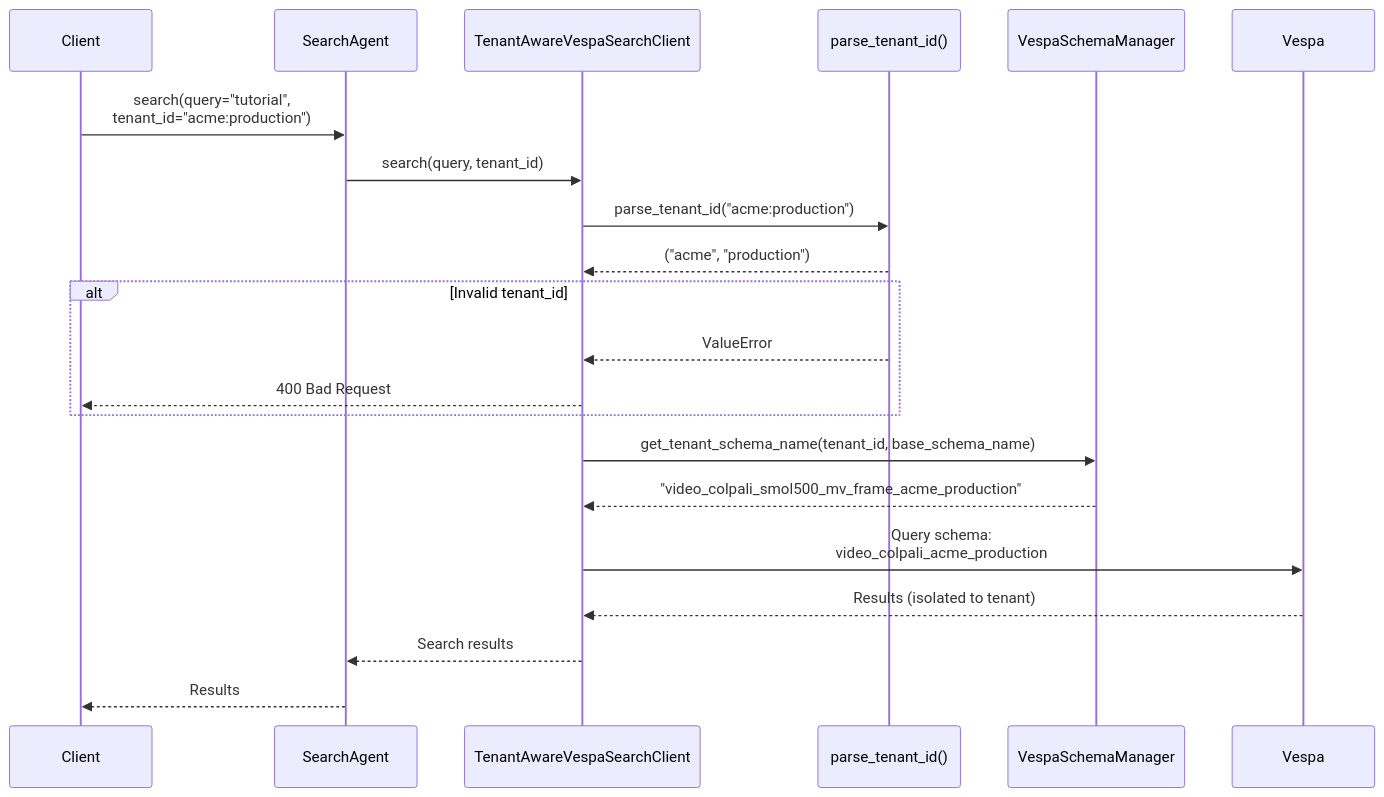
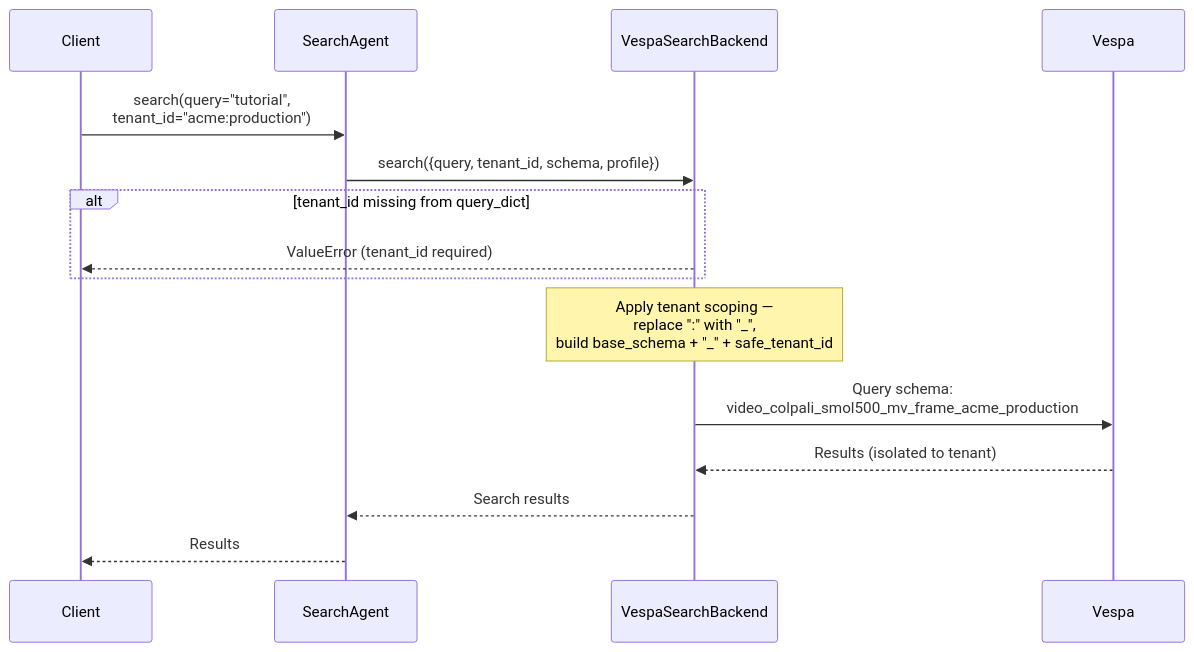
The fourth of 5 diagrams in docs/operations/multi-tenant-management.md (amit-jain/cogniverse), drawn with Mermaid before and after one commit. The commit also changed other lines of this file and 12 other files, not shown here.

Commit message:
Remove dead Vespa search client and .sd schema-parsing code

````diff
--- a/docs/operations/multi-tenant-management.md
+++ b/docs/operations/multi-tenant-management.md
@@ -455,30 +455,23 @@
 ```mermaid
 sequenceDiagram
     participant Client
     participant Agent as SearchAgent
-    participant SearchClient as TenantAwareVespaSearchClient
-    participant Parser as parse_tenant_id()
-    participant SchemaManager as VespaSchemaManager
+    participant Backend as VespaSearchBackend
     participant Vespa
 
     Client->>Agent: search(query="tutorial",<br/>tenant_id="acme:production")
 
-    Agent->>SearchClient: search(query, tenant_id)
+    Agent->>Backend: search({query, tenant_id, schema, profile})
 
-    SearchClient->>Parser: parse_tenant_id("acme:production")
-    Parser-->>SearchClient: ("acme", "production")
-
-    alt Invalid tenant_id
-        Parser-->>SearchClient: ValueError
-        SearchClient-->>Client: 400 Bad Request
+    alt tenant_id missing from query_dict
+        Backend-->>Client: ValueError (tenant_id required)
     end
 
-    SearchClient->>SchemaManager: get_tenant_schema_name(tenant_id, base_schema_name)
-    SchemaManager-->>SearchClient: "video_colpali_smol500_mv_frame_acme_production"
+    Note over Backend: Apply tenant scoping —<br/>replace ":" with "_",<br/>build base_schema + "_" + safe_tenant_id
 
-    SearchClient->>Vespa: Query schema:<br/>video_colpali_acme_production
-    Vespa-->>SearchClient: Results (isolated to tenant)
+    Backend->>Vespa: Query schema:<br/>video_colpali_smol500_mv_frame_acme_production
+    Vespa-->>Backend: Results (isolated to tenant)
 
-    SearchClient-->>Agent: Search results
+    Backend-->>Agent: Search results
     Agent-->>Client: Results
 ```
````
